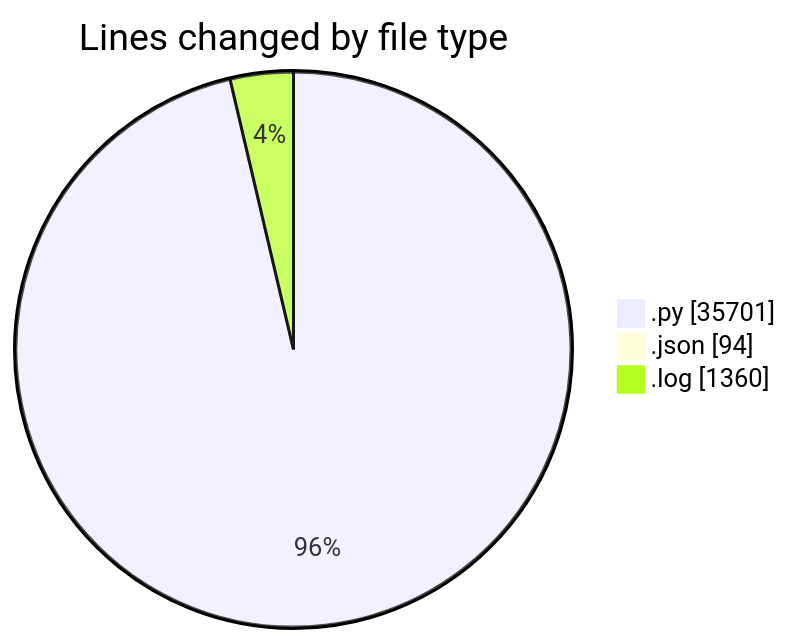
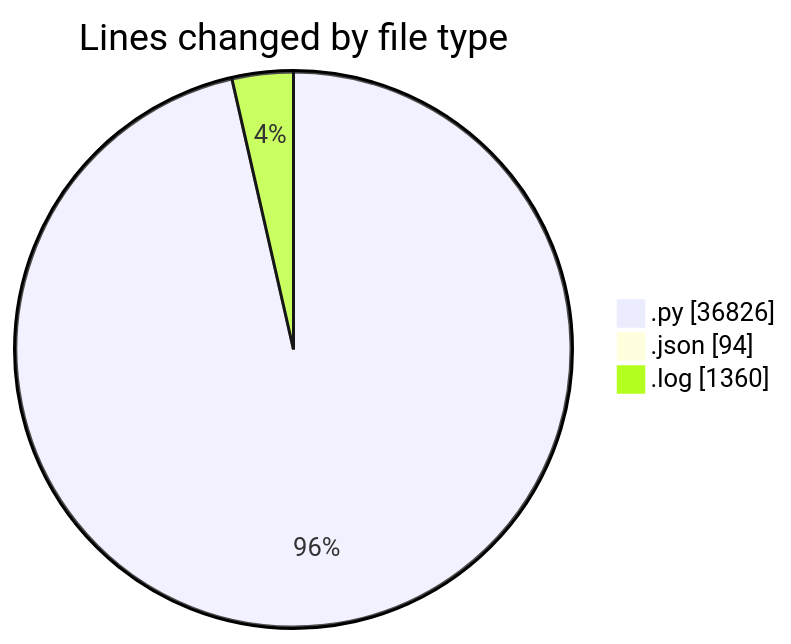
The first of 2 diagrams in 2025-07-14/telebot/README.md (jrari/code-tracking), drawn with Mermaid before and after one commit. The commit also changed other lines of this file and 1 other file, not shown here.

````diff
--- a/2025-07-14/telebot/README.md
+++ b/2025-07-14/telebot/README.md
@@ -61,7 +63,7 @@
 ```mermaid
 pie showData
 title Lines changed by file type
-".py" : 35701
+".py" : 36826
 ".json" : 94
 ".log" : 1360
 ```
````
